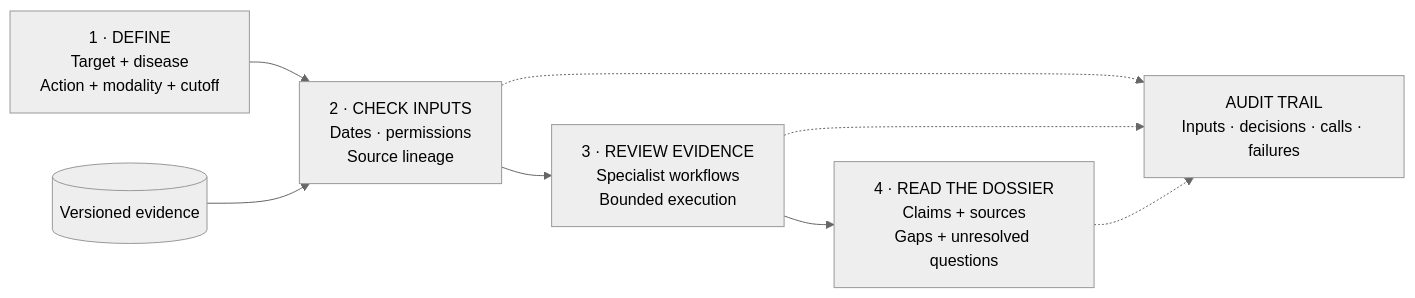
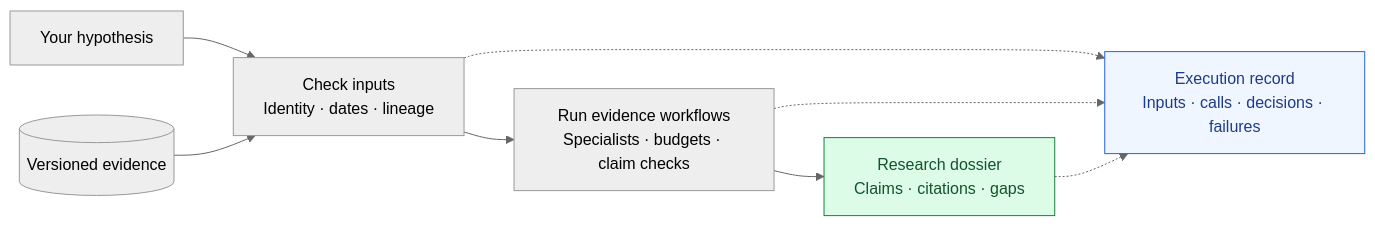
The diagram in README.md (rzzli/TETHER), drawn with Mermaid (neutral theme) before and after one commit. The commit also changed other lines of this file and 1 other file, not shown here.

````diff
--- a/README.md
+++ b/README.md
@@ -17,11 +17,13 @@
 ```mermaid
 flowchart LR
-    Q["1 · DEFINE<br/>Target + disease<br/>Action + modality + cutoff"] --> G
-    E[("Versioned evidence")] --> G
-    G["2 · CHECK INPUTS<br/>Dates · permissions<br/>Source lineage"] --> S
-    S["3 · REVIEW EVIDENCE<br/>Specialist workflows<br/>Bounded execution"] --> D
-    D["4 · READ THE DOSSIER<br/>Claims + sources<br/>Gaps + unresolved questions"]
-    G -.-> A["AUDIT TRAIL<br/>Inputs · decisions · calls · failures"]
-    S -.-> A
+    H["Your hypothesis"] --> C
+    E[("Versioned evidence")] --> C
+    C["Check inputs<br/>Identity · dates · lineage"] --> W
+    W["Run evidence workflows<br/>Specialists · budgets · claim checks"] --> D
+    D["Research dossier<br/>Claims · citations · gaps"]
+    C -.-> A["Execution record<br/>Inputs · calls · decisions · failures"]
+    W -.-> A
     D -.-> A
+    style D fill:#dcfce7,stroke:#15803d,color:#14532d
+    style A fill:#eff6ff,stroke:#2563eb,color:#1e3a8a
 ```
````
